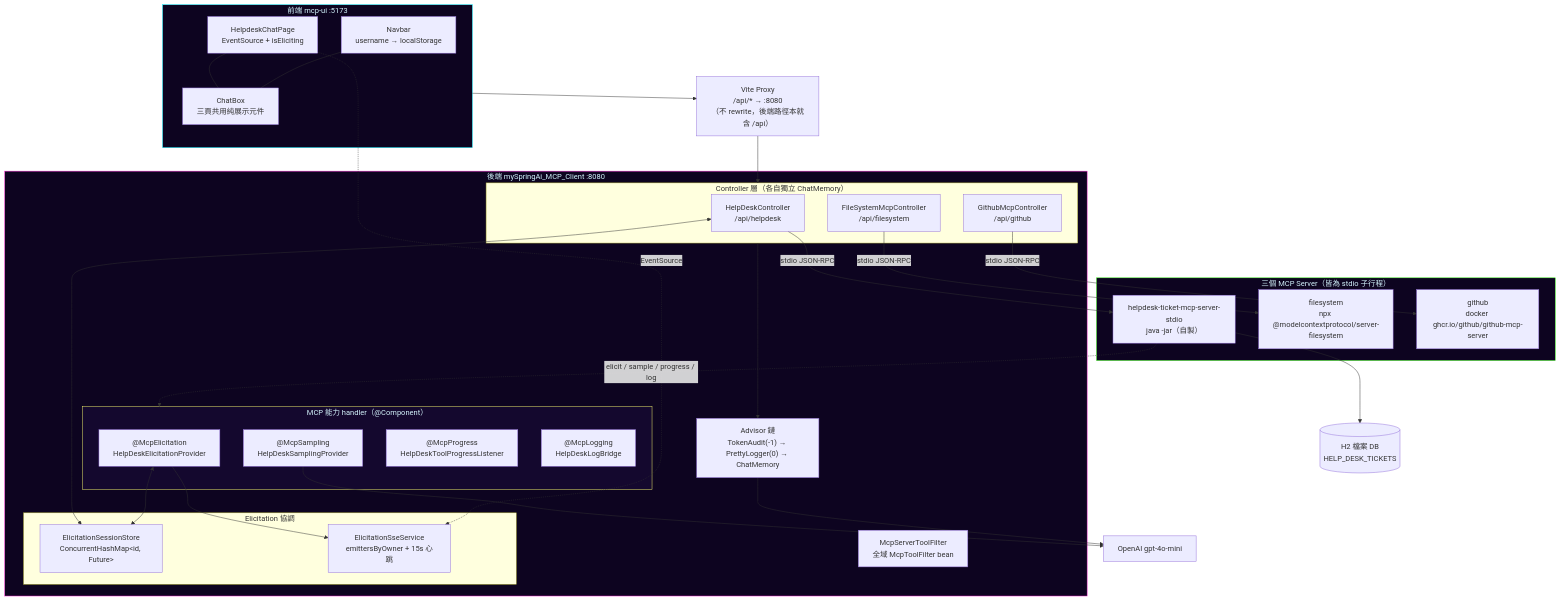
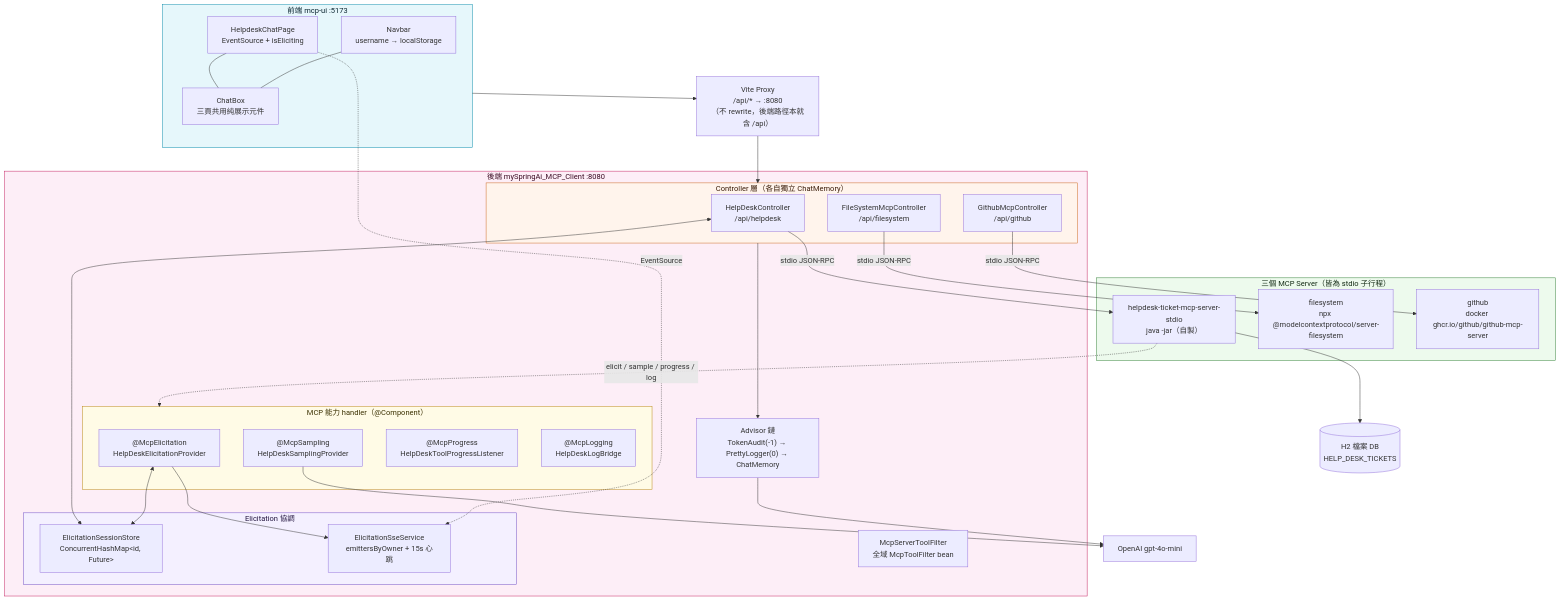
The fourth of 4 diagrams in README.md (tonysk0210/springai-mcp-stdio), drawn with Mermaid before and after one commit. The commit also changed other lines of this file, not shown here.

````diff
--- a/README.md
+++ b/README.md
@@ -179,60 +179,62 @@
 ```mermaid
 flowchart TB
     subgraph FE["前端 mcp-ui :5173"]
         NAV["Navbar<br/>username → localStorage"]
         CB["ChatBox<br/>三頁共用純展示元件"]
         HP["HelpdeskChatPage<br/>EventSource + isEliciting"]
         NAV --- CB
         HP --- CB
     end
 
     PROXY["Vite Proxy<br/>/api/* → :8080<br/>（不 rewrite，後端路徑本就含 /api）"]
 
     subgraph BE["後端 mySpringAi_MCP_Client :8080"]
         subgraph CTRL["Controller 層（各自獨立 ChatMemory）"]
             C1["HelpDeskController<br/>/api/helpdesk"]
             C2["FileSystemMcpController<br/>/api/filesystem"]
             C3["GithubMcpController<br/>/api/github"]
         end
         subgraph MCPH["MCP 能力 handler（@Component）"]
             H1["@McpElicitation<br/>HelpDeskElicitationProvider"]
             H2["@McpSampling<br/>HelpDeskSamplingProvider"]
             H3["@McpProgress<br/>HelpDeskToolProgressListener"]
             H4["@McpLogging<br/>HelpDeskLogBridge"]
         end
         subgraph COORD["Elicitation 協調"]
             SS["ElicitationSessionStore<br/>ConcurrentHashMap&lt;id, Future&gt;"]
             SE["ElicitationSseService<br/>emittersByOwner + 15s 心跳"]
         end
         ADV["Advisor 鏈<br/>TokenAudit(-1) → PrettyLogger(0) → ChatMemory"]
         FILT["McpServerToolFilter<br/>全域 McpToolFilter bean"]
         CTRL --> ADV
     end
 
     subgraph SRV["三個 MCP Server（皆為 stdio 子行程）"]
         S1["helpdesk-ticket-mcp-server-stdio<br/>java -jar（自製）"]
         S2["filesystem<br/>npx @modelcontextprotocol/server-filesystem"]
         S3["github<br/>docker ghcr.io/github/github-mcp-server"]
     end
 
     H2DB[("H2 檔案 DB<br/>HELP_DESK_TICKETS")]
     OAI["OpenAI gpt-4o-mini"]
 
     FE --> PROXY --> CTRL
     HP -.EventSource.-> SE
     C1 -->|stdio JSON-RPC| S1
     C2 -->|stdio JSON-RPC| S2
     C3 -->|stdio JSON-RPC| S3
     S1 --> H2DB
     ADV --> OAI
     S1 -.elicit / sample / progress / log.-> MCPH
     H1 <--> SS
     H1 --> SE
     H2 --> OAI
     C1 <--> SS
 
-    style FE fill:#0d0420,stroke:#00f0ff,color:#d6f7ff
-    style BE fill:#0d0420,stroke:#ff2bd6,color:#d6f7ff
-    style SRV fill:#0d0420,stroke:#39ff14,color:#d6f7ff
-    style MCPH fill:#14082e,stroke:#f9f871,color:#d6f7ff
+    style FE fill:#e6f7fb,stroke:#0288a8,color:#0b2530
+    style BE fill:#fdeef7,stroke:#c2185b,color:#3a0b22
+    style SRV fill:#edfaed,stroke:#2e7d32,color:#122a14
+    style MCPH fill:#fffbe6,stroke:#b8860b,color:#3a3000
+    style COORD fill:#f4f0ff,stroke:#6a4bc4,color:#241640
+    style CTRL fill:#fff4ec,stroke:#c9631b,color:#3a1c08
 ```
````
